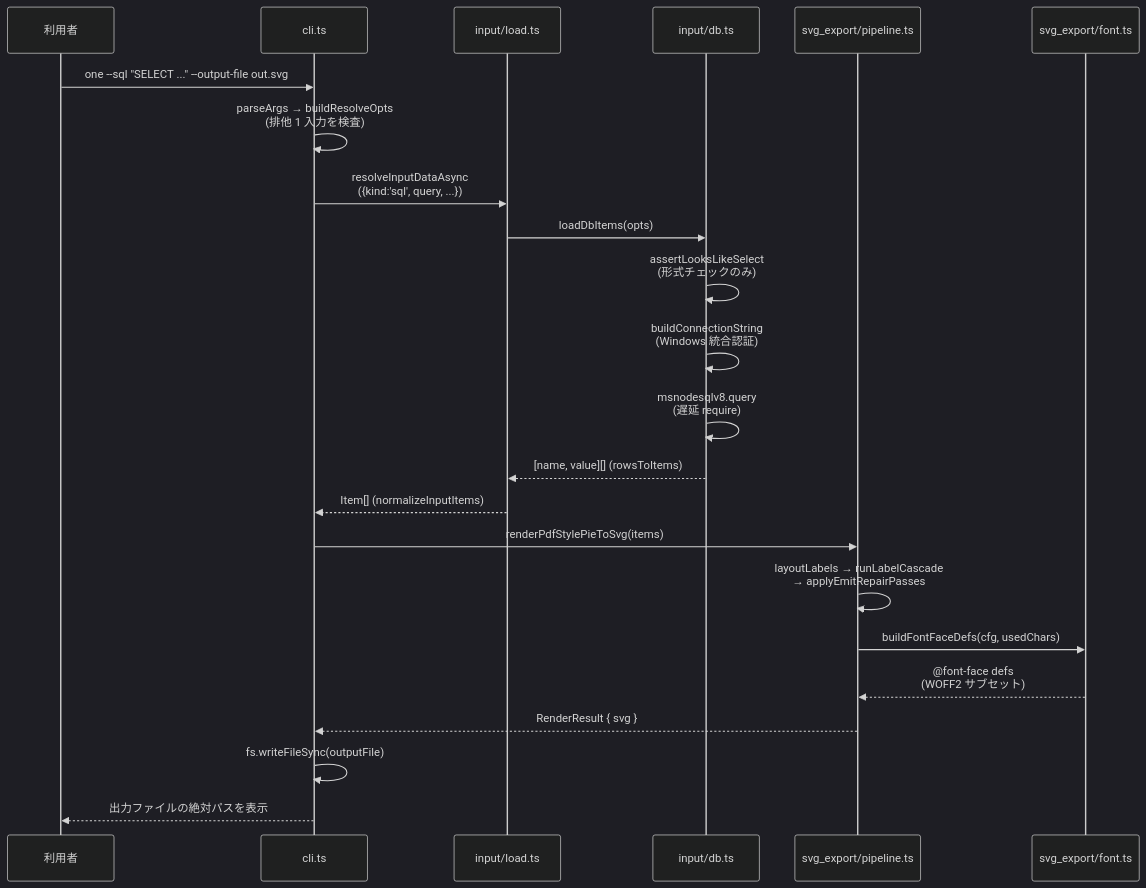
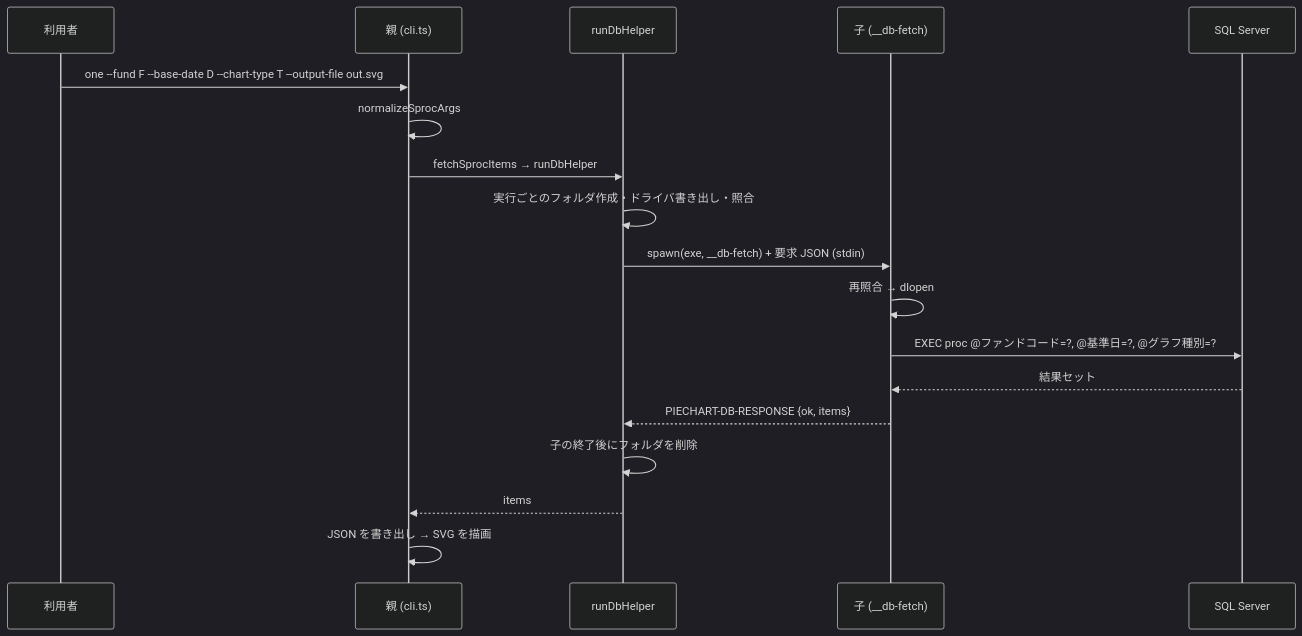
The fourth of 4 diagrams in docs/pie-chart/src/設計書.md (koichi-araki-0801/workspace), drawn with Mermaid (dark theme) before and after one commit. The commit also changed other lines of this file and 936 other files, not shown here.

````diff
--- a/docs/pie-chart/src/設計書.md
+++ b/docs/pie-chart/src/設計書.md
@@ -1169,25 +1191,20 @@
 ```mermaid
 sequenceDiagram
   participant U as 利用者
-  participant CLI as cli.ts
-  participant LOAD as input/load.ts
-  participant DB as input/db.ts
-  participant PIPE as svg_export/pipeline.ts
-  participant FONT as svg_export/font.ts
-  U->>CLI: one --sql "SELECT ..." --output-file out.svg
-  CLI->>CLI: parseArgs → buildResolveOpts<br/>(排他 1 入力を検査)
-  CLI->>LOAD: resolveInputDataAsync<br/>({kind:'sql', query, ...})
-  LOAD->>DB: loadDbItems(opts)
-  DB->>DB: assertLooksLikeSelect<br/>(形式チェックのみ)
-  DB->>DB: buildConnectionString<br/>(Windows 統合認証)
-  DB->>DB: msnodesqlv8.query<br/>(遅延 require)
-  DB-->>LOAD: [name, value][] (rowsToItems)
-  LOAD-->>CLI: Item[] (normalizeInputItems)
-  CLI->>PIPE: renderPdfStylePieToSvg(items)
-  PIPE->>PIPE: layoutLabels → runLabelCascade<br/>→ applyEmitRepairPasses
-  PIPE->>FONT: buildFontFaceDefs(cfg, usedChars)
-  FONT-->>PIPE: @font-face defs<br/>(WOFF2 サブセット)
-  PIPE-->>CLI: RenderResult { svg }
-  CLI->>CLI: fs.writeFileSync(outputFile)
-  CLI-->>U: 出力ファイルの絶対パスを表示
+  participant CLI as 親 (cli.ts)
+  participant H as runDbHelper
+  participant C as 子 (__db-fetch)
+  participant DB as SQL Server
+  U->>CLI: one --fund F --base-date D --chart-type T --output-file out.svg
+  CLI->>CLI: normalizeSprocArgs
+  CLI->>H: fetchSprocItems → runDbHelper
+  H->>H: 実行ごとのフォルダ作成・ドライバ書き出し・照合
+  H->>C: spawn(exe, __db-fetch) + 要求 JSON (stdin)
+  C->>C: 再照合 → dlopen
+  C->>DB: EXEC proc @ファンドコード=?, @基準日=?, @グラフ種別=?
+  DB-->>C: 結果セット
+  C-->>H: PIECHART-DB-RESPONSE {ok, items}
+  H->>H: 子の終了後にフォルダを削除
+  H-->>CLI: items
+  CLI->>CLI: JSON を書き出し → SVG を描画
 ```
````
